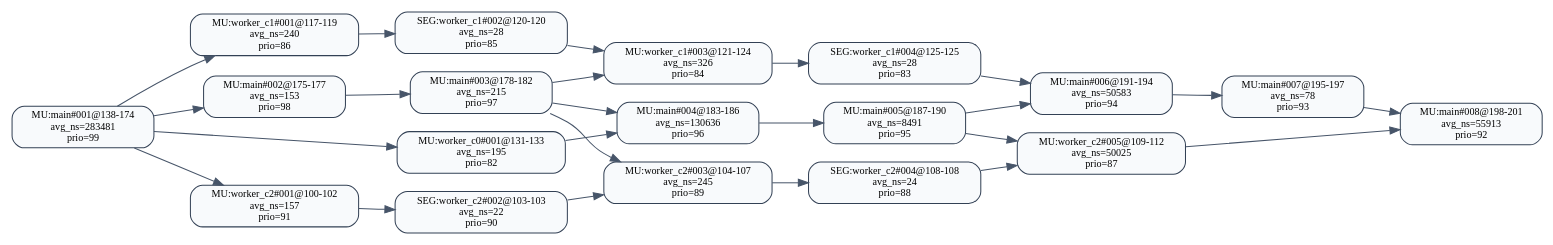
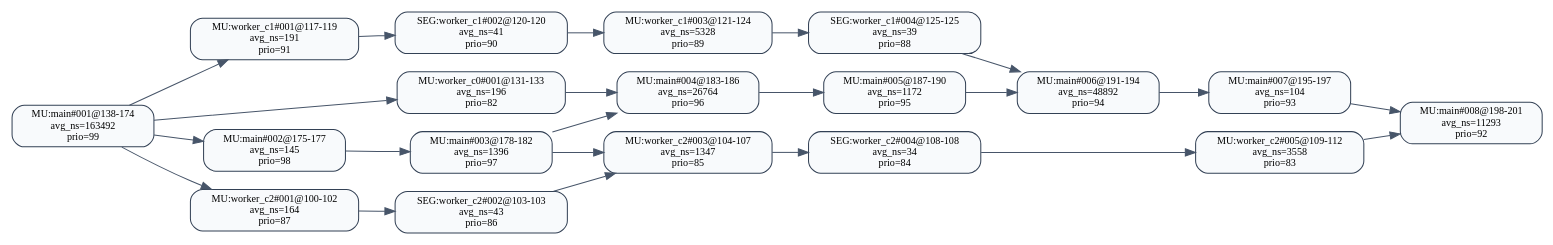
One commit to RTS-SYSU/DAG-Gen changed the diagram in 中间结果/zhang2/pipeline/validation/level2/effective_line_merge/cpf/dag_seg_annotated.dot. Above: the diagram before and after it, drawn with Graphviz. The commit also changed 2419 other files, not shown here.

```diff
--- a/中间结果/zhang2/pipeline/validation/level2/effective_line_merge/cpf/dag_seg_annotated.dot
+++ b/中间结果/zhang2/pipeline/validation/level2/effective_line_merge/cpf/dag_seg_annotated.dot
@@ -1,46 +1,44 @@
 digraph dag_seg_annotated {
   rankdir=LR;
   node [shape=box, style="rounded,filled", fillcolor="#F8FAFC", color="#334155", fontsize=10];
   edge [color="#475569"];
-  "MU:main#001@138-174" [label="MU:main#001@138-174\navg_ns=283481\nprio=99"];
-  "MU:main#002@175-177" [label="MU:main#002@175-177\navg_ns=153\nprio=98"];
-  "MU:main#003@178-182" [label="MU:main#003@178-182\navg_ns=215\nprio=97"];
-  "MU:main#004@183-186" [label="MU:main#004@183-186\navg_ns=130636\nprio=96"];
-  "MU:main#005@187-190" [label="MU:main#005@187-190\navg_ns=8491\nprio=95"];
-  "MU:main#006@191-194" [label="MU:main#006@191-194\navg_ns=50583\nprio=94"];
-  "MU:main#007@195-197" [label="MU:main#007@195-197\navg_ns=78\nprio=93"];
-  "MU:main#008@198-201" [label="MU:main#008@198-201\navg_ns=55913\nprio=92"];
-  "MU:worker_c0#001@131-133" [label="MU:worker_c0#001@131-133\navg_ns=195\nprio=82"];
-  "MU:worker_c1#001@117-119" [label="MU:worker_c1#001@117-119\navg_ns=240\nprio=86"];
-  "SEG:worker_c1#002@120-120" [label="SEG:worker_c1#002@120-120\navg_ns=28\nprio=85"];
-  "MU:worker_c1#003@121-124" [label="MU:worker_c1#003@121-124\navg_ns=326\nprio=84"];
-  "SEG:worker_c1#004@125-125" [label="SEG:worker_c1#004@125-125\navg_ns=28\nprio=83"];
-  "MU:worker_c2#001@100-102" [label="MU:worker_c2#001@100-102\navg_ns=157\nprio=91"];
-  "SEG:worker_c2#002@103-103" [label="SEG:worker_c2#002@103-103\navg_ns=22\nprio=90"];
-  "MU:worker_c2#003@104-107" [label="MU:worker_c2#003@104-107\navg_ns=245\nprio=89"];
-  "SEG:worker_c2#004@108-108" [label="SEG:worker_c2#004@108-108\navg_ns=24\nprio=88"];
-  "MU:worker_c2#005@109-112" [label="MU:worker_c2#005@109-112\navg_ns=50025\nprio=87"];
+  "MU:main#001@138-174" [label="MU:main#001@138-174\navg_ns=163492\nprio=99"];
+  "MU:main#002@175-177" [label="MU:main#002@175-177\navg_ns=145\nprio=98"];
+  "MU:main#003@178-182" [label="MU:main#003@178-182\navg_ns=1396\nprio=97"];
+  "MU:main#004@183-186" [label="MU:main#004@183-186\navg_ns=26764\nprio=96"];
+  "MU:main#005@187-190" [label="MU:main#005@187-190\navg_ns=1172\nprio=95"];
+  "MU:main#006@191-194" [label="MU:main#006@191-194\navg_ns=48892\nprio=94"];
+  "MU:main#007@195-197" [label="MU:main#007@195-197\navg_ns=104\nprio=93"];
+  "MU:main#008@198-201" [label="MU:main#008@198-201\navg_ns=11293\nprio=92"];
+  "MU:worker_c0#001@131-133" [label="MU:worker_c0#001@131-133\navg_ns=196\nprio=82"];
+  "MU:worker_c1#001@117-119" [label="MU:worker_c1#001@117-119\navg_ns=191\nprio=91"];
+  "SEG:worker_c1#002@120-120" [label="SEG:worker_c1#002@120-120\navg_ns=41\nprio=90"];
+  "MU:worker_c1#003@121-124" [label="MU:worker_c1#003@121-124\navg_ns=5328\nprio=89"];
+  "SEG:worker_c1#004@125-125" [label="SEG:worker_c1#004@125-125\navg_ns=39\nprio=88"];
+  "MU:worker_c2#001@100-102" [label="MU:worker_c2#001@100-102\navg_ns=164\nprio=87"];
+  "SEG:worker_c2#002@103-103" [label="SEG:worker_c2#002@103-103\navg_ns=43\nprio=86"];
+  "MU:worker_c2#003@104-107" [label="MU:worker_c2#003@104-107\navg_ns=1347\nprio=85"];
+  "SEG:worker_c2#004@108-108" [label="SEG:worker_c2#004@108-108\navg_ns=34\nprio=84"];
+  "MU:worker_c2#005@109-112" [label="MU:worker_c2#005@109-112\navg_ns=3558\nprio=83"];
   "MU:worker_c2#001@100-102" -> "SEG:worker_c2#002@103-103";
   "SEG:worker_c2#002@103-103" -> "MU:worker_c2#003@104-107";
   "MU:worker_c2#003@104-107" -> "SEG:worker_c2#004@108-108";
   "SEG:worker_c2#004@108-108" -> "MU:worker_c2#005@109-112";
   "MU:worker_c1#001@117-119" -> "SEG:worker_c1#002@120-120";
   "SEG:worker_c1#002@120-120" -> "MU:worker_c1#003@121-124";
   "MU:worker_c1#003@121-124" -> "SEG:worker_c1#004@125-125";
   "MU:main#001@138-174" -> "MU:main#002@175-177";
   "MU:main#002@175-177" -> "MU:main#003@178-182";
   "MU:main#003@178-182" -> "MU:main#004@183-186";
   "MU:main#004@183-186" -> "MU:main#005@187-190";
   "MU:main#005@187-190" -> "MU:main#006@191-194";
   "MU:main#006@191-194" -> "MU:main#007@195-197";
   "MU:main#007@195-197" -> "MU:main#008@198-201";
   "MU:main#001@138-174" -> "MU:worker_c0#001@131-133";
   "MU:main#001@138-174" -> "MU:worker_c1#001@117-119";
   "MU:main#001@138-174" -> "MU:worker_c2#001@100-102";
   "MU:worker_c0#001@131-133" -> "MU:main#004@183-186";
   "SEG:worker_c1#004@125-125" -> "MU:main#006@191-194";
   "MU:worker_c2#005@109-112" -> "MU:main#008@198-201";
   "MU:main#003@178-182" -> "MU:worker_c2#003@104-107";
-  "MU:main#005@187-190" -> "MU:worker_c2#005@109-112";
-  "MU:main#003@178-182" -> "MU:worker_c1#003@121-124";
 }
```
